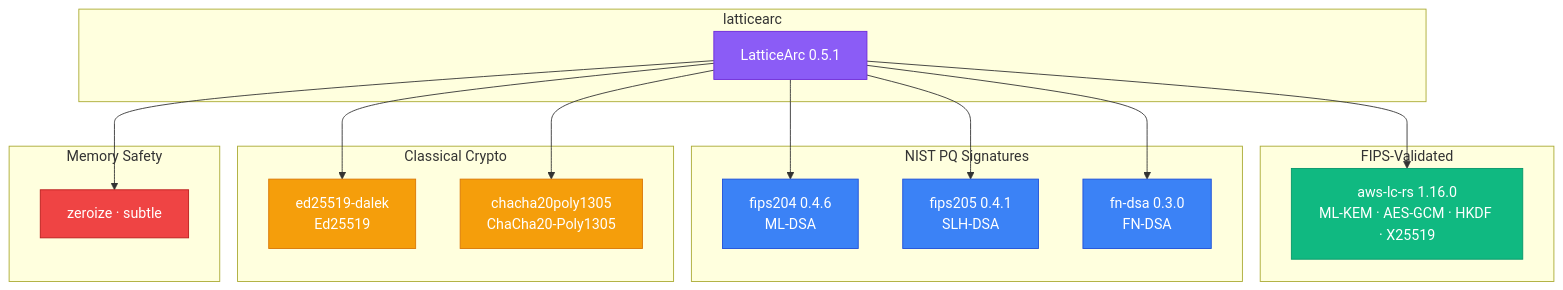
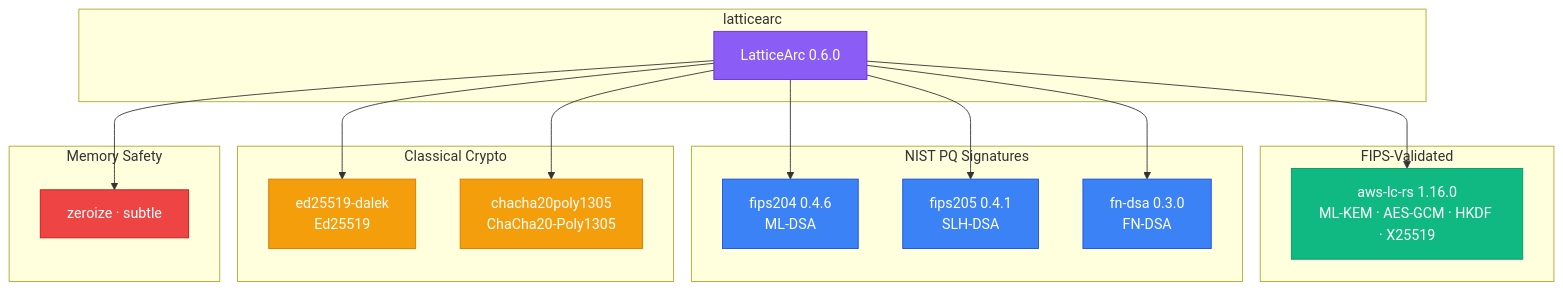
The diagram in docs/DEPENDENCY_JUSTIFICATION.md (LatticeArc/latticearc), drawn with Mermaid before and after one commit. The commit also changed other lines of this file and 73 other files, not shown here.

````diff
--- a/docs/DEPENDENCY_JUSTIFICATION.md
+++ b/docs/DEPENDENCY_JUSTIFICATION.md
@@ -12,45 +12,45 @@
 ```mermaid
 flowchart TB
     subgraph "latticearc"
-        LA[LatticeArc 0.5.1]
+        LA[LatticeArc 0.6.0]
     end
 
     subgraph "FIPS-Validated"
         AWSLC["aws-lc-rs 1.16.0\nML-KEM · AES-GCM · HKDF · X25519"]
     end
 
     subgraph "NIST PQ Signatures"
         F204["fips204 0.4.6\nML-DSA"]
         F205["fips205 0.4.1\nSLH-DSA"]
         FNDSA["fn-dsa 0.3.0\nFN-DSA"]
     end
 
     subgraph "Classical Crypto"
         DALEK["ed25519-dalek\nEd25519"]
         CHA["chacha20poly1305\nChaCha20-Poly1305"]
     end
 
     subgraph "Memory Safety"
         ZERO["zeroize · subtle"]
     end
 
     LA --> AWSLC
     LA --> F204
     LA --> F205
     LA --> FNDSA
     LA --> DALEK
     LA --> CHA
     LA --> ZERO
 
     classDef main fill:#8b5cf6,stroke:#6d28d9,color:#fff
     classDef fips fill:#10b981,stroke:#059669,color:#fff
     classDef nist fill:#3b82f6,stroke:#1d4ed8,color:#fff
     classDef cl fill:#f59e0b,stroke:#d97706,color:#fff
     classDef safety fill:#ef4444,stroke:#b91c1c,color:#fff
 
     class LA main
     class AWSLC fips
     class F204,F205,FNDSA nist
     class DALEK,CHA cl
     class ZERO safety
 ```
````
